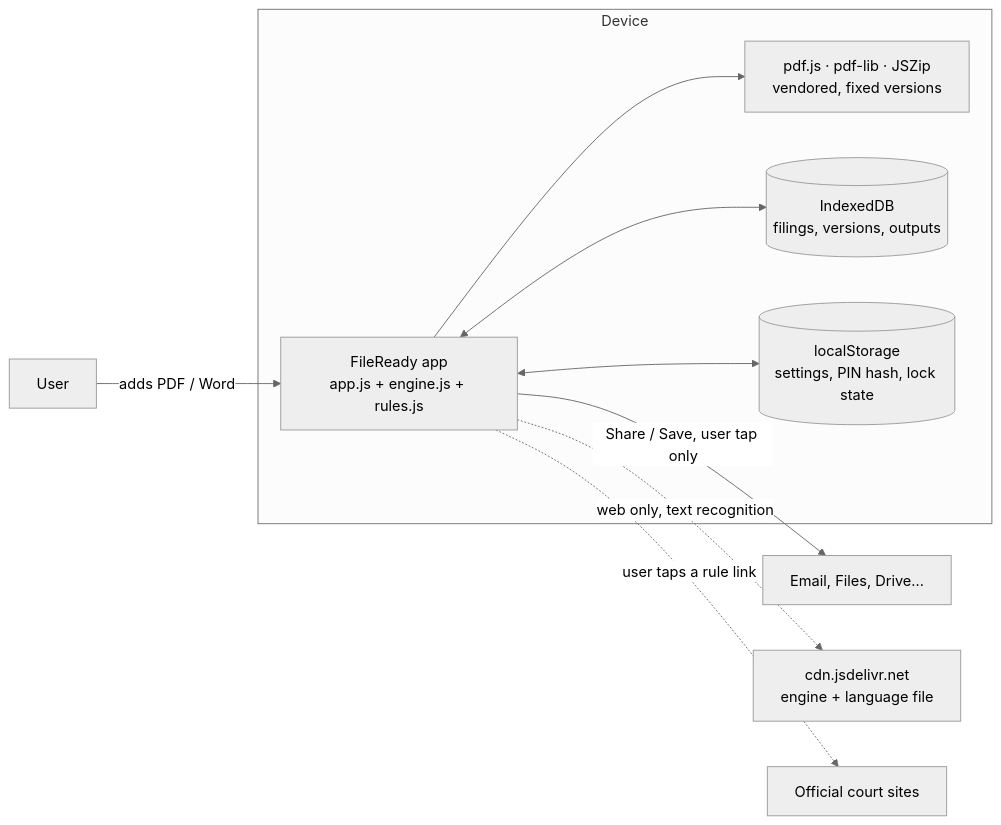
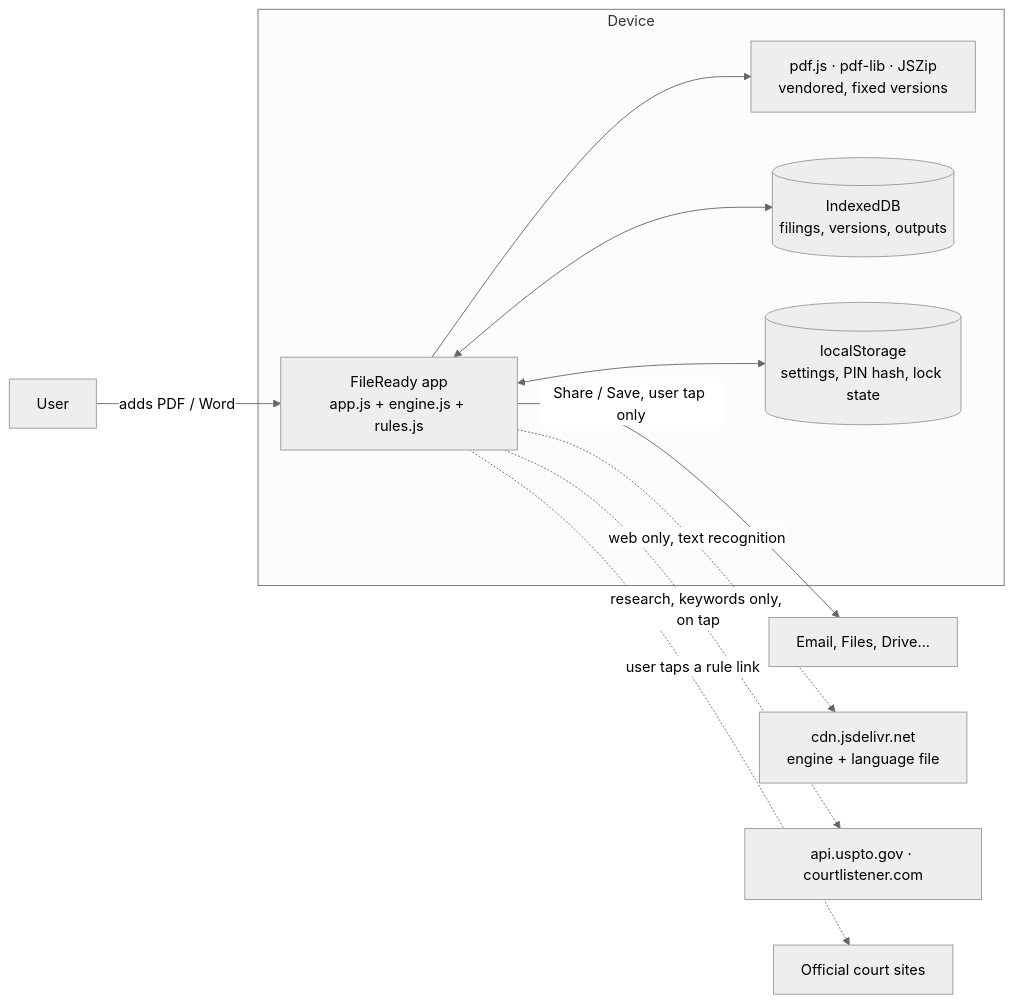
One commit to quuxin2-a11y/fileready changed the diagram in SECURITY_ARCHITECTURE.md. Above: the diagram before and after it, drawn with Mermaid (neutral theme). The commit also changed other lines of this file and 21 other files, not shown here.

````diff
--- a/SECURITY_ARCHITECTURE.md
+++ b/SECURITY_ARCHITECTURE.md
@@ -10,16 +11,17 @@
 ```mermaid
 flowchart LR
   U[User] -->|adds PDF / Word| APP
   subgraph Device
     APP[FileReady app<br/>app.js + engine.js + rules.js]
     LIB[pdf.js · pdf-lib · JSZip<br/>vendored, fixed versions]
     DB[(IndexedDB<br/>filings, versions, outputs)]
     LS[(localStorage<br/>settings, PIN hash, lock state)]
     APP --> LIB
     APP <--> DB
     APP <--> LS
   end
   APP -->|Share / Save, user tap only| OUT[Email, Files, Drive...]
   APP -. web only, text recognition .-> CDN[cdn.jsdelivr.net<br/>engine + language file]
+  APP -. research, keywords only, on tap .-> RES[api.uspto.gov · courtlistener.com]
   APP -. user taps a rule link .-> GOV[Official court sites]
 ```
````
